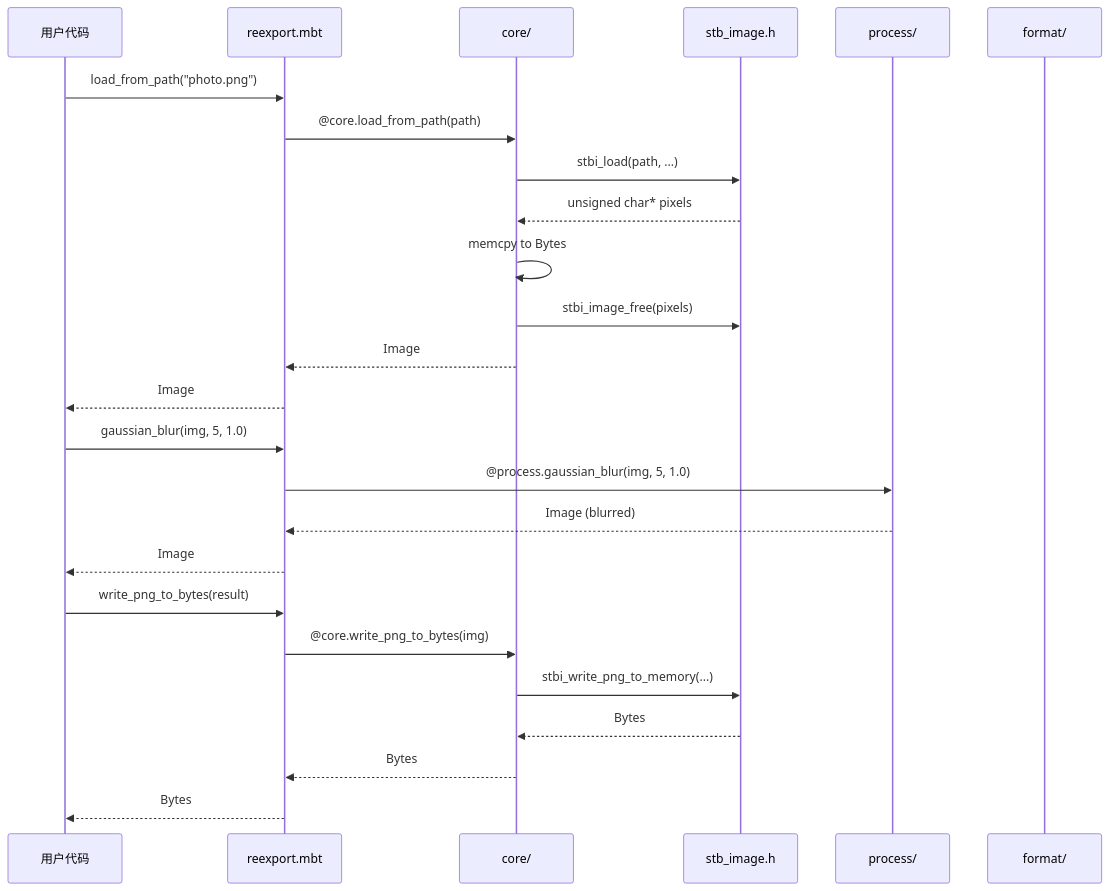
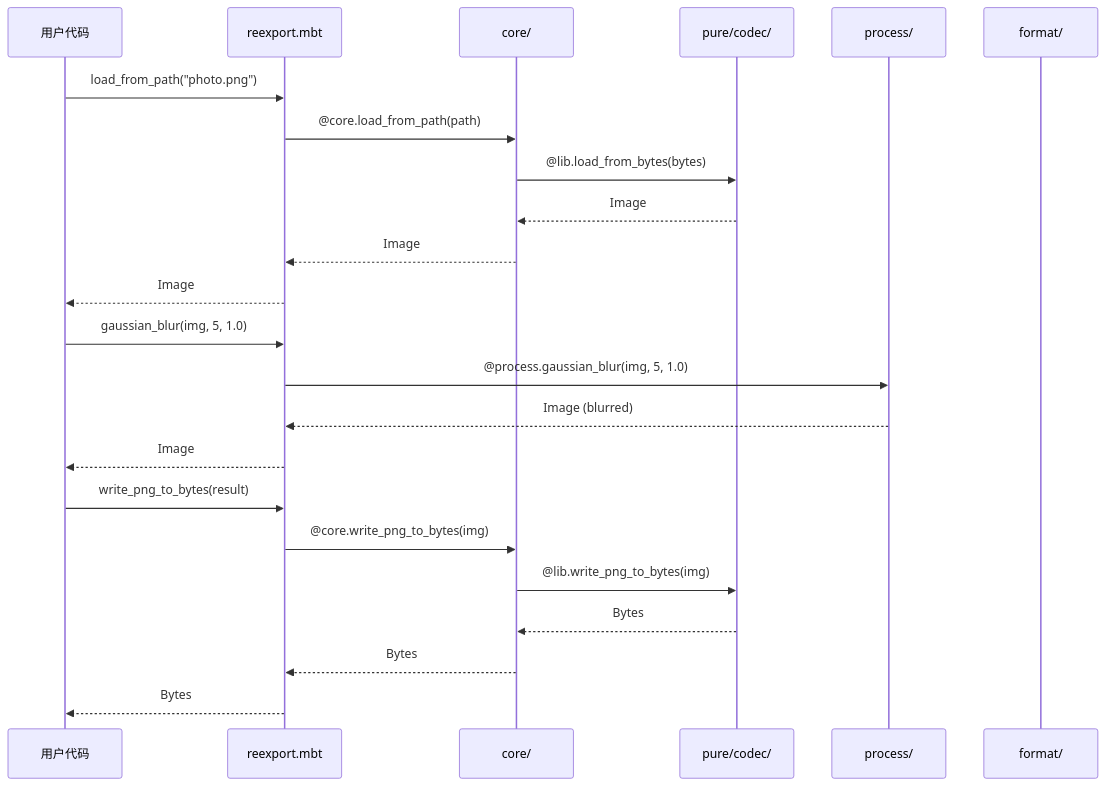
Diagram 11 of 14 in docs/architecture.md (toadium/stb-image), drawn with Mermaid before and after one commit. The commit also changed other lines of this file and 4 other files, not shown here.

````diff
--- a/docs/architecture.md
+++ b/docs/architecture.md
@@ -383,30 +359,28 @@
 ```mermaid
 sequenceDiagram
     participant User as 用户代码
     participant Root as reexport.mbt
     participant Core as core/
-    participant C as stb_image.h
+    participant Pure as pure/codec/
     participant Proc as process/
     participant Fmt as format/
 
     User->>Root: load_from_path("photo.png")
     Root->>Core: @core.load_from_path(path)
-    Core->>C: stbi_load(path, ...)
-    C-->>Core: unsigned char* pixels
-    Core->>Core: memcpy to Bytes
-    Core->>C: stbi_image_free(pixels)
+    Core->>Pure: @lib.load_from_bytes(bytes)
+    Pure-->>Core: Image
     Core-->>Root: Image
     Root-->>User: Image
 
     User->>Root: gaussian_blur(img, 5, 1.0)
     Root->>Proc: @process.gaussian_blur(img, 5, 1.0)
     Proc-->>Root: Image (blurred)
     Root-->>User: Image
 
     User->>Root: write_png_to_bytes(result)
     Root->>Core: @core.write_png_to_bytes(img)
-    Core->>C: stbi_write_png_to_memory(...)
-    C-->>Core: Bytes
+    Core->>Pure: @lib.write_png_to_bytes(img)
+    Pure-->>Core: Bytes
     Core-->>Root: Bytes
     Root-->>User: Bytes
 ```
````
